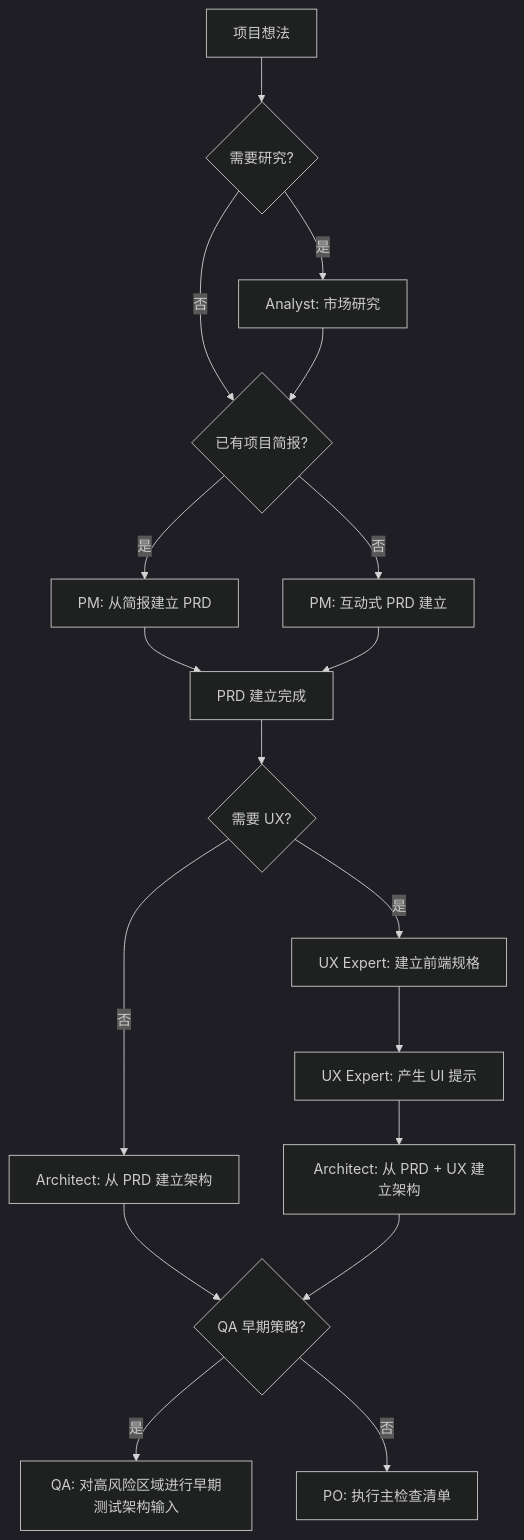
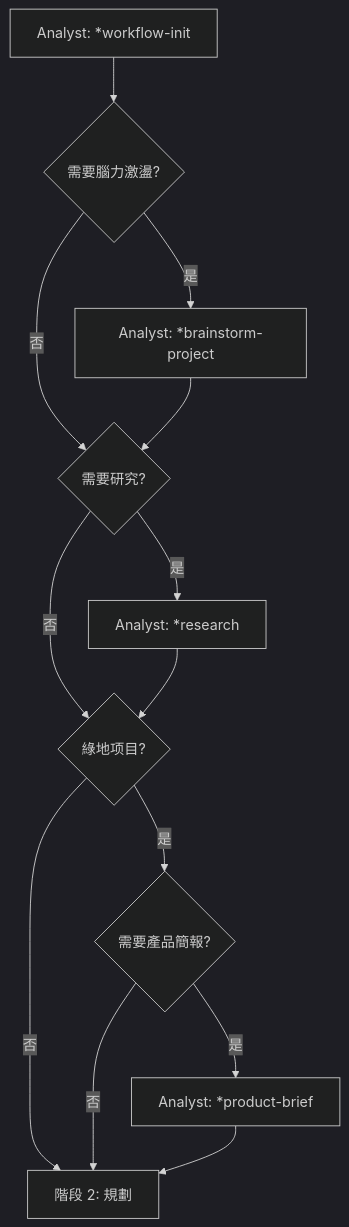
The second of 5 diagrams in README-zh-cn.md (jamesjantw/vibe_coding), drawn with Mermaid (dark theme) before and after one commit. The commit also changed other lines of this file and 435 other files, not shown here.

````diff
--- a/README-zh-cn.md
+++ b/README-zh-cn.md
@@ -87,20 +233,15 @@
 ```mermaid
 graph TD
-    A[项目想法] --> B{需要研究?}
-    B -->|是| C[Analyst: 市场研究]
-    B -->|否| D{已有项目简报?}
+    A[Analyst: *workflow-init] --> B{需要腦力激盪?}
+    B -->|是| C[Analyst: *brainstorm-project]
+    B -->|否| D{需要研究?}
     C --> D
-    D -->|是| E[PM: 从简报建立 PRD]
-    D -->|否| F[PM: 互动式 PRD 建立]
-    E --> G[PRD 建立完成]
-    F --> G
-    G --> H{需要 UX?}
-    H -->|是| I[UX Expert: 建立前端规格]
-    H -->|否| J[Architect: 从 PRD 建立架构]
-    I --> K[UX Expert: 产生 UI 提示]
-    K --> L[Architect: 从 PRD + UX 建立架构]
-    J --> M{QA 早期策略?}
-    L --> M
-    M -->|是| N[QA: 对高风险区域进行早期测试架构输入]
-    M -->|否| O[PO: 执行主检查清单]
+    D -->|是| E[Analyst: *research]
+    D -->|否| F{綠地项目?}
+    E --> F
+    F -->|是| G{需要產品簡報?}
+    F -->|否| H[階段 2: 規劃]
+    G -->|是| I[Analyst: *product-brief]
+    G -->|否| H
+    I --> H
 ```
````
